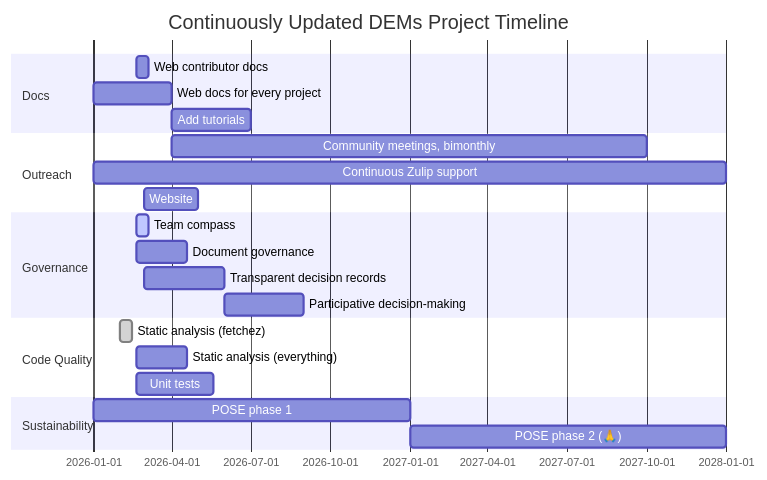
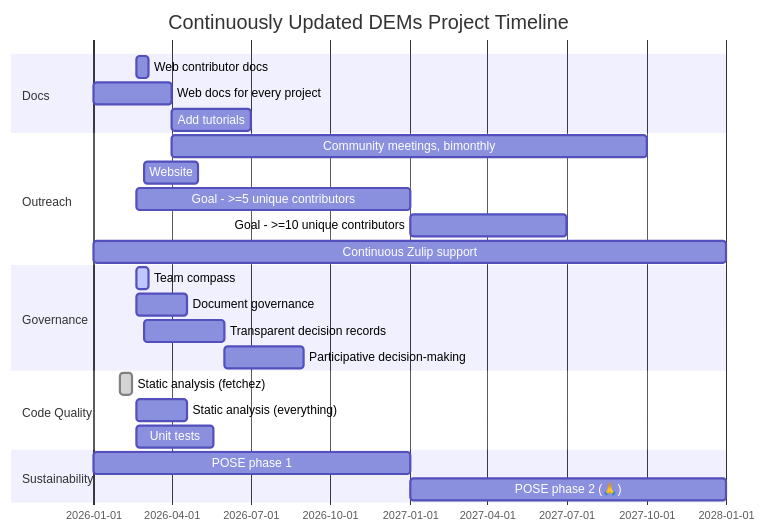
The diagram in planning/timeline.md (continuous-dems/team-compass), drawn with Mermaid before and after one commit.

Commit message:
Add contributor goals

````diff
--- a/planning/timeline.md
+++ b/planning/timeline.md
@@ -3,46 +3,48 @@
 ```mermaid
 ---
     # Frontmatter config, YAML comments
     config:
         themeCSS: |-
             rect[id^=workaround] { height: calc(100% - 50px) ; transform: translate(9px, 25px); y: 0; width: 1.5px; stroke: none; fill: red; }
             text[id^=workaround] { fill: red; y: 100%; font-size: 16px;}
 
             g.tick text {
               transform: rotate(-45deg);
               text-anchor: end !important; /* Aligns the end of the text to the tick mark */
             }
         gantt:
             useWidth: 650
             rightPadding: 0
             numberSectionStyles: 2
 ---
 gantt
     title Continuously Updated DEMs Project Timeline
     dateFormat  YYYY-MM-DD
 
     section Docs
-    Web contributor docs          : 2026-02-19, 2w
-    Web docs for every project    : 2026-01-01, 3M
-    Add tutorials                 : 2026-04-01, 3M
+    Web contributor docs            : 2026-02-19, 2w
+    Web docs for every project      : 2026-01-01, 3M
+    Add tutorials                   : 2026-04-01, 3M
 
     section Outreach
-    Community meetings, bimonthly : 2026-04-01, 18M
-    Continuous Zulip support      : 2026-01-01, 2y
-    Website                       : 2026-03-01, 2M
+    Community meetings, bimonthly   : 2026-04-01, 18M
+    Website                         : 2026-03-01, 2M
+    Goal - >=5 unique contributors  : 2026-02-19, until pose2
+    Goal - >=10 unique contributors : after pose1, 6M
+    Continuous Zulip support        : 2026-01-01, 2y
 
     section Governance
-    Team compass                  : active, 2026-02-19, 2w
-    Document governance           : 2026-02-19, 2M
-    Transparent decision records  : 2026-03-01, 3M
-    Participative decision-making : 2026-06-01, 3M
+    Team compass                    : active, 2026-02-19, 2w
+    Document governance             : 2026-02-19, 2M
+    Transparent decision records    : 2026-03-01, 3M
+    Participative decision-making   : 2026-06-01, 3M
 
     section Code Quality
-    Static analysis (fetchez)     : done, 2026-02-01, 2w
-    Static analysis (everything)  : 2026-02-19, 2M
-    Unit tests                    : 2026-02-19, 3M
+    Static analysis (fetchez)       : done, 2026-02-01, 2w
+    Static analysis (everything)    : 2026-02-19, 2M
+    Unit tests                      : 2026-02-19, 3M
 
     section Sustainability
-    POSE phase 1                  : pose1, 2026-01-01, 1y
-    POSE phase 2 (🙏)             : pose2, 2027-01-01, 1y
+    POSE phase 1                    : pose1, 2026-01-01, 1y
+    POSE phase 2 (🙏)               : pose2, 2027-01-01, 1y
 ```
````
